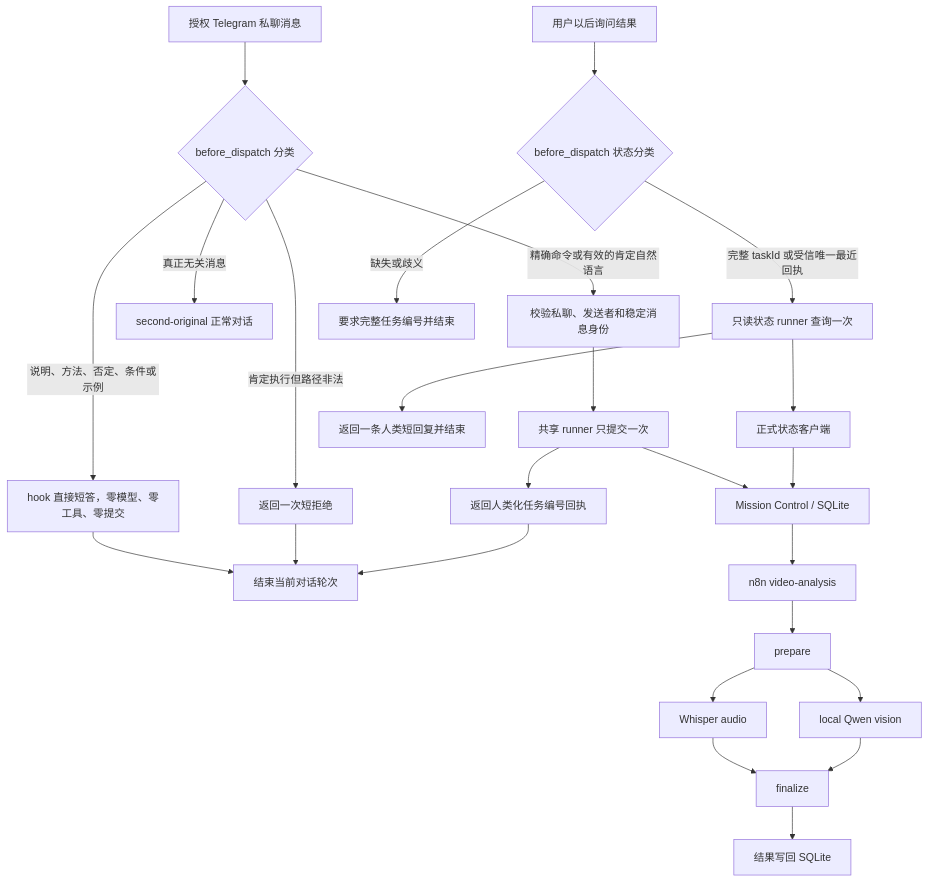
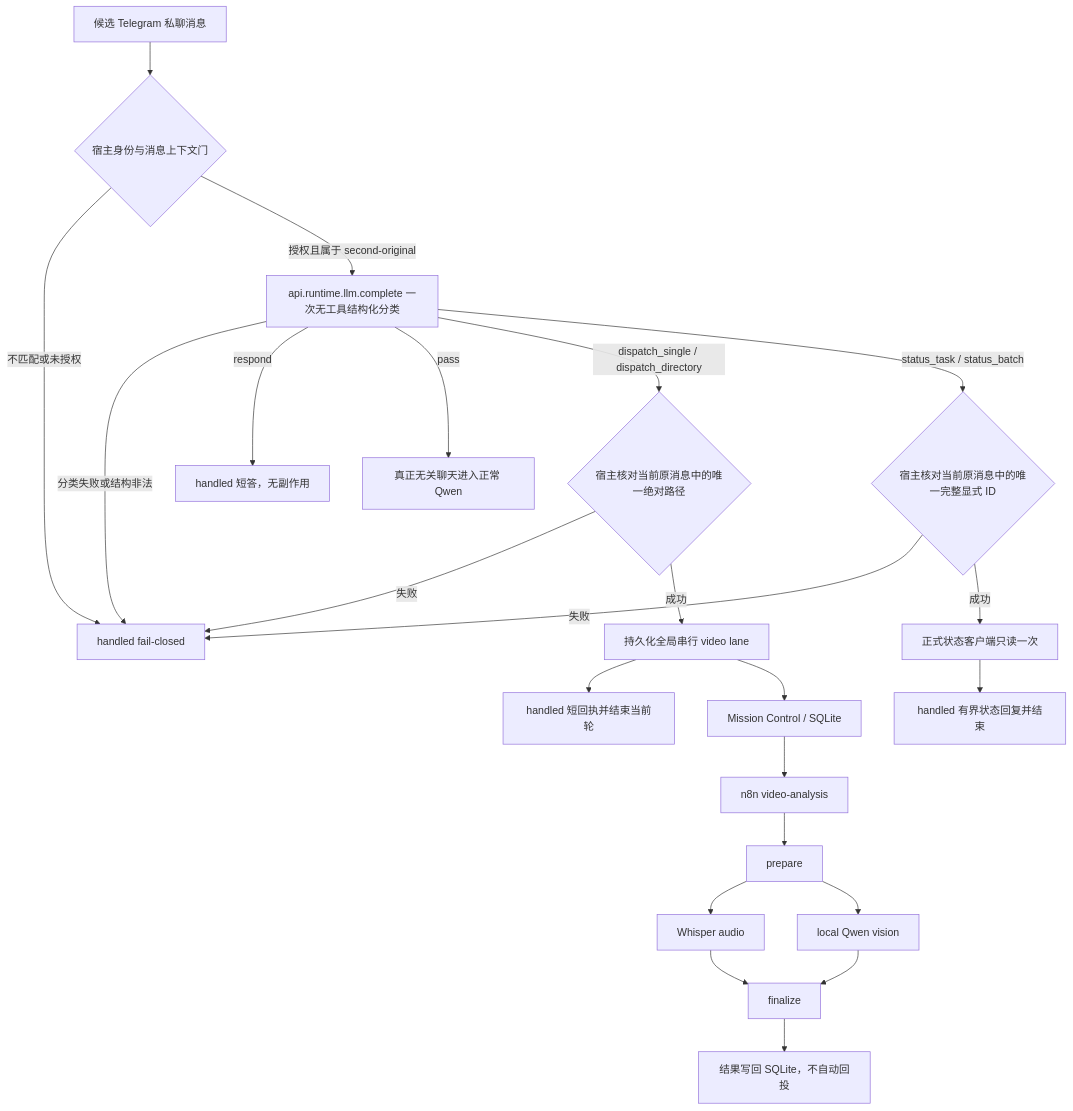
One commit to MAKingljx/video-autoworker changed the diagram in docs/architecture/openclaw-video-analysis-flow.md. Above: the diagram before and after it, drawn with Mermaid. The commit also changed other lines of this file and 32 other files, not shown here.

Commit message:
feat: add Qwen video learning lane

````diff
--- a/docs/architecture/openclaw-video-analysis-flow.md
+++ b/docs/architecture/openclaw-video-analysis-flow.md
@@ -16,27 +21,25 @@
 ```mermaid
 flowchart TD
-  U["授权 Telegram 私聊消息"] --> D{"before_dispatch 分类"}
-  D -->|"精确命令或有效的肯定自然语言"| I["校验私聊、发送者和稳定消息身份"]
-  D -->|"说明、方法、否定、条件或示例"| H["hook 直接短答，零模型、零工具、零提交"]
-  D -->|"真正无关消息"| Q["second-original 正常对话"]
-  D -->|"肯定执行但路径非法"| R["返回一次短拒绝"]
-  H --> B
-  R --> B
-  I --> S["共享 runner 只提交一次"]
-  S --> A["返回人类化任务编号回执"]
-  A --> B["结束当前对话轮次"]
-  S --> M["Mission Control / SQLite"]
+  U["候选 Telegram 私聊消息"] --> I{"宿主身份与消息上下文门"}
+  I -->|"不匹配或未授权"| X["handled fail-closed"]
+  I -->|"授权且属于 second-original"| C["api.runtime.llm.complete 一次无工具结构化分类"]
+  C -->|"分类失败或结构非法"| X
+  C -->|"respond"| R["handled 短答，无副作用"]
+  C -->|"pass"| Q["真正无关聊天进入正常 Qwen"]
+  C -->|"dispatch_single / dispatch_directory"| V{"宿主核对当前原消息中的唯一绝对路径"}
+  C -->|"status_task / status_batch"| E{"宿主核对当前原消息中的唯一完整显式 ID"}
+  V -->|"失败"| X
+  V -->|"成功"| L["持久化全局串行 video lane"]
+  L --> A["handled 短回执并结束当前轮"]
+  L --> M["Mission Control / SQLite"]
   M --> N["n8n video-analysis"]
   N --> P["prepare"]
   P --> W["Whisper audio"]
-  P --> V["local Qwen vision"]
+  P --> Z["local Qwen vision"]
   W --> F["finalize"]
-  V --> F
-  F --> DB["结果写回 SQLite"]
-  L["用户以后询问结果"] --> SD{"before_dispatch 状态分类"}
-  SD -->|"完整 taskId 或受信唯一最近回执"| T["只读状态 runner 查询一次"]
-  SD -->|"缺失或歧义"| ASK["要求完整任务编号并结束"]
-  T --> C["正式状态客户端"]
-  C --> M
-  T --> SR["返回一条人类短回复并结束"]
+  Z --> F
+  F --> DB["结果写回 SQLite，不自动回投"]
+  E -->|"失败"| X
+  E -->|"成功"| S["正式状态客户端只读一次"]
+  S --> H["handled 有界状态回复并结束"]
 ```
````
